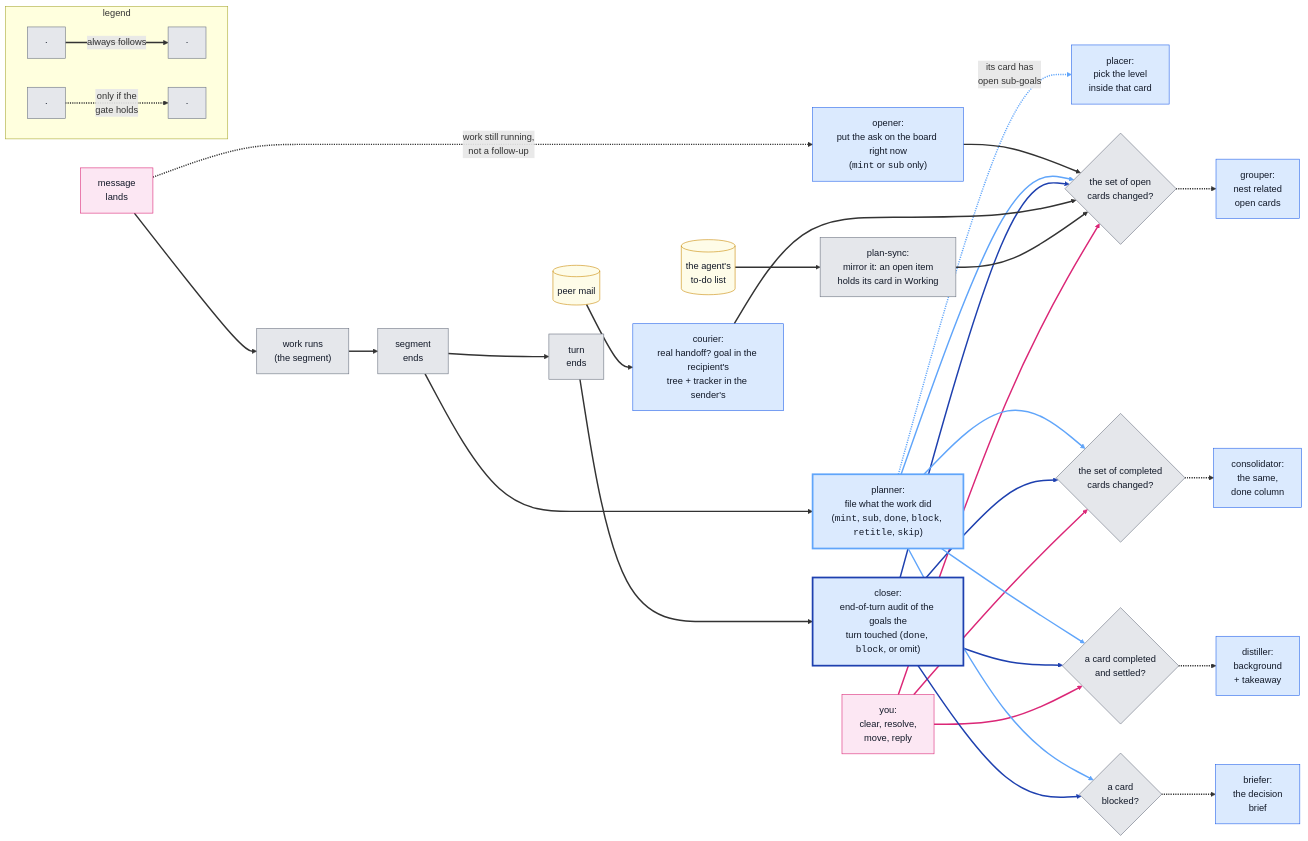
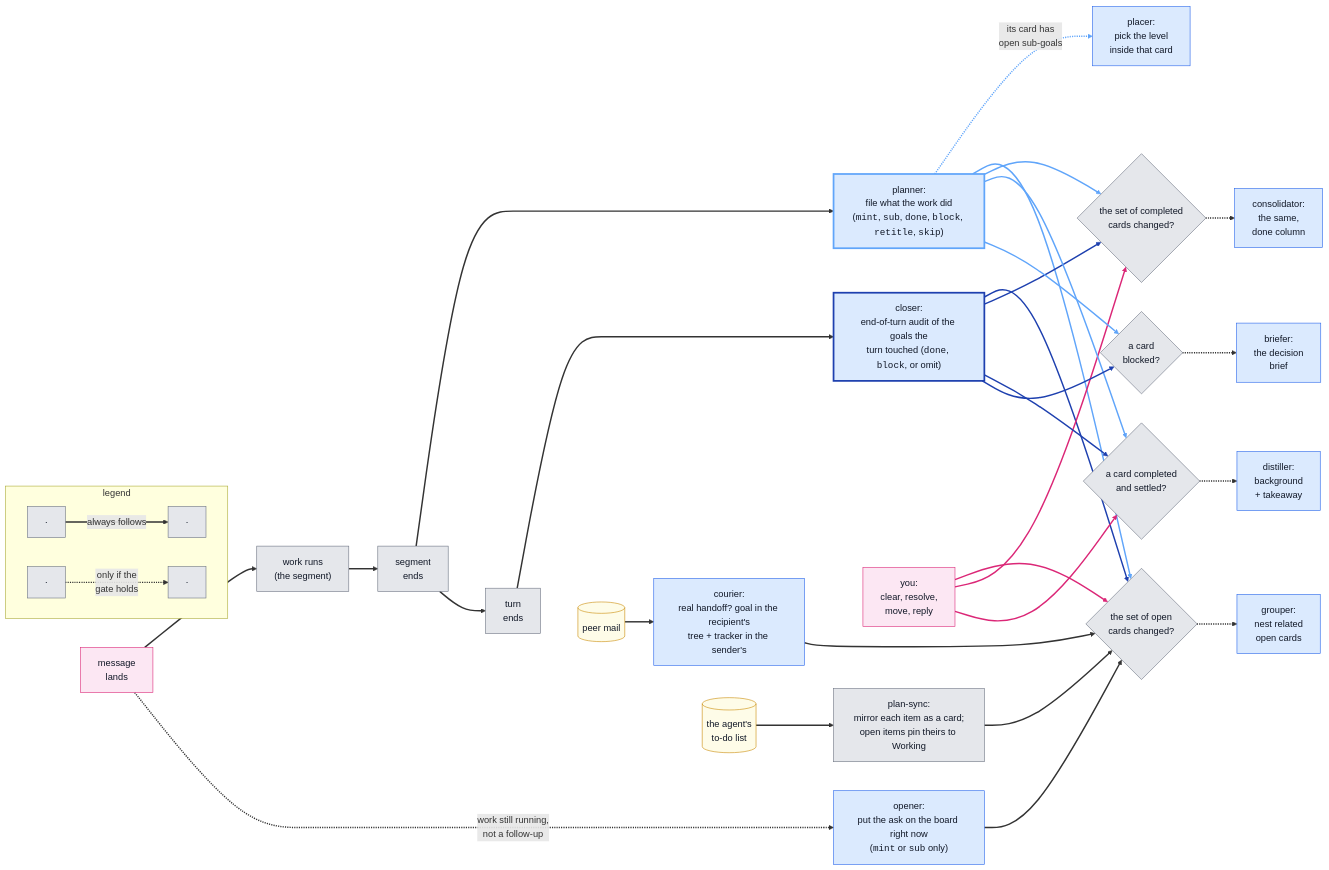
Before and after one commit to Chris-mian/romp: the third of 6 diagrams in docs/judge-pipeline.md, drawn with Mermaid. The commit also changed 3 other files, not shown here.

````diff
--- a/docs/judge-pipeline.md
+++ b/docs/judge-pipeline.md
@@ -82,35 +82,35 @@
 ```mermaid
 flowchart LR
     M["message<br/>lands"]:::user --> W["work runs<br/>(the segment)"]:::det --> E["segment<br/>ends"]:::det
-    E ~~~ MAIL[("peer mail")]:::data --> CO["courier:<br/>real handoff? goal in the recipient's<br/>tree + tracker in the sender's"]:::llm
     M -.->|"work still running,<br/>not a follow-up"| PP["opener:<br/>put the ask on the board right now<br/>(<code>mint</code> or <code>sub</code> only)"]:::llm
     E --> PL["planner:<br/>file what the work did<br/>(<code>mint</code>, <code>sub</code>, <code>done</code>, <code>block</code>, <code>retitle</code>, <code>skip</code>)"]:::planner
     E --> X["turn<br/>ends"]:::det
     X --> CL["closer:<br/>end-of-turn audit of the goals the<br/>turn touched (<code>done</code>, <code>block</code>, or omit)"]:::closer
     PL -.->|"its card has<br/>open sub-goals"| PC["placer:<br/>pick the level<br/>inside that card"]:::llm
-    X ~~~ TODO[("the agent's<br/>to-do list")]:::data --> SYNC["plan-sync:<br/>mirror it: an open item<br/>holds its card in Working"]:::det
+    X ~~~ MAIL[("peer mail")]:::data --> CO["courier:<br/>real handoff? goal in the recipient's<br/>tree + tracker in the sender's"]:::llm
+    X ~~~ TODO[("the agent's<br/>to-do list")]:::data --> SYNC["plan-sync:<br/>mirror each item as a card;<br/>open items pin theirs to Working"]:::det
     CO ~~~ YOU["you:<br/>clear, resolve,<br/>move, reply"]:::user
     PP & PL & CL & CO & SYNC & YOU --> OG{"the set of open<br/>cards changed?"}:::det
     OG -.-> GR["grouper:<br/>nest related<br/>open cards"]:::llm
     PL & CL & YOU --> CG{"the set of completed<br/>cards changed?"}:::det
     CG -.-> CN["consolidator:<br/>the same,<br/>done column"]:::llm
     PL & CL & YOU --> DG{"a card completed<br/>and settled?"}:::det
     DG -.-> DI["distiller:<br/>background<br/>+ takeaway"]:::llm
     PL & CL --> BG{"a card<br/>blocked?"}:::det
     BG -.-> BR["briefer:<br/>the decision<br/>brief"]:::llm
     subgraph LEGEND["legend"]
         direction LR
         LS1["·"]:::det -->|"always follows"| LS2["·"]:::det
         LD1["·"]:::det -.->|"only if the<br/>gate holds"| LD2["·"]:::det
     end
     linkStyle default stroke-width:2.5px
-    linkStyle 8,13,19,23,27 stroke:#60a5fa
+    linkStyle 6,13,19,23,27 stroke:#60a5fa
     linkStyle 14,20,24,28 stroke:#1e40af
     linkStyle 17,21,25 stroke:#db2777
     classDef llm fill:#dbeafe,stroke:#2563eb,color:#111827
     classDef planner fill:#dbeafe,stroke:#60a5fa,stroke-width:3px,color:#111827
     classDef closer fill:#dbeafe,stroke:#1e40af,stroke-width:3px,color:#111827
     classDef det fill:#e5e7eb,stroke:#6b7280,color:#111827
     classDef data fill:#fefce8,stroke:#ca8a04,color:#111827
     classDef user fill:#fce7f3,stroke:#db2777,color:#111827
 ```
````
